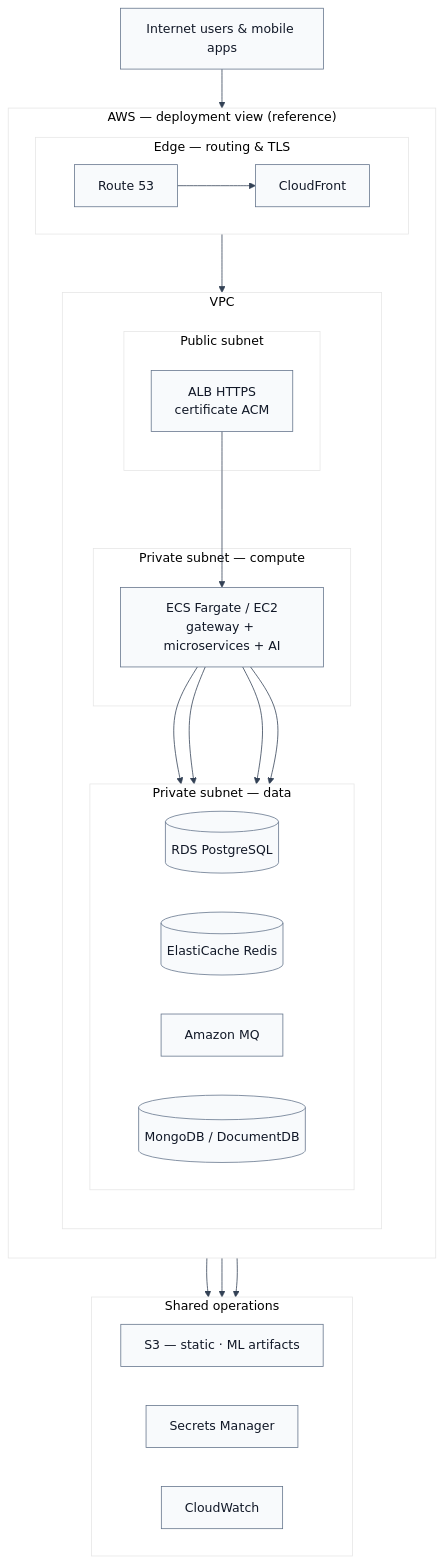
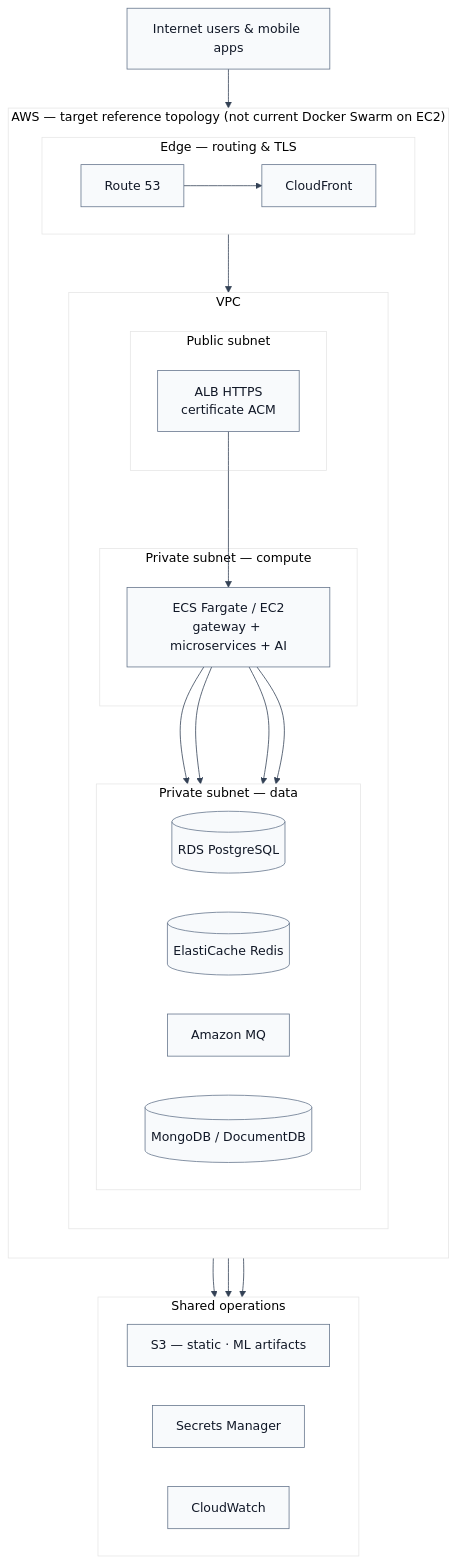
One commit to foxxiee04/Cab-Booking-System-Project changed the diagram in docs/diagrams/mermaid/02_aws_deployment_architecture.mmd. Above: the diagram before and after it, drawn with Mermaid. The commit also changed 99 other files, not shown here.

```diff
--- a/docs/diagrams/mermaid/02_aws_deployment_architecture.mmd
+++ b/docs/diagrams/mermaid/02_aws_deployment_architecture.mmd
@@ -1,44 +1,44 @@
 %%{init: {'theme': 'base', 'themeVariables': { 'primaryColor': '#f8fafc', 'primaryTextColor': '#111827', 'primaryBorderColor': '#64748b', 'lineColor': '#334155'}}}%%
 flowchart TB
   U[Internet users & mobile apps]
 
-  subgraph AWS["AWS — deployment view (reference)"]
+  subgraph AWS["AWS — target reference topology (not current Docker Swarm on EC2)"]
     direction TB
 
     subgraph EDGE["Edge — routing & TLS"]
       direction LR
       R53[Route 53]
       CF[CloudFront]
     end
 
     subgraph VPC["VPC"]
       direction TB
       subgraph PUB["Public subnet"]
         ALB[ALB HTTPS<br/>certificate ACM]
       end
       subgraph APP["Private subnet — compute"]
         ECS[ECS Fargate / EC2<br/>gateway + microservices + AI]
       end
       subgraph DATA["Private subnet — data"]
         direction LR
         RDS[(RDS PostgreSQL)]
         CACHE[(ElastiCache Redis)]
         AMQ[Amazon MQ]
         DOC[(MongoDB / DocumentDB)]
       end
       ALB --> ECS
       ECS --> RDS & CACHE & AMQ & DOC
     end
 
     R53 --> CF --> ALB
   end
 
   subgraph OPS["Shared operations"]
     direction LR
     S3[S3 — static · ML artifacts]
     SM[Secrets Manager]
     CW[CloudWatch]
   end
 
   U --> R53
   ECS --> SM & S3 & CW
```
